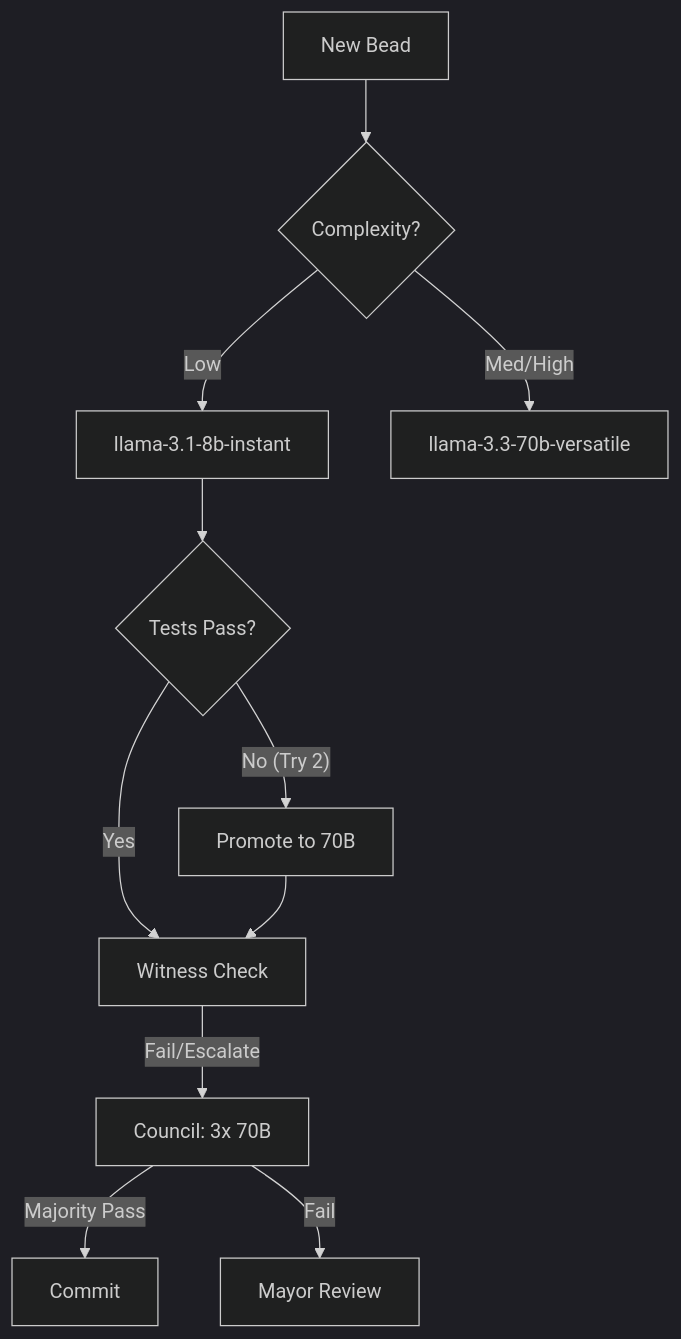
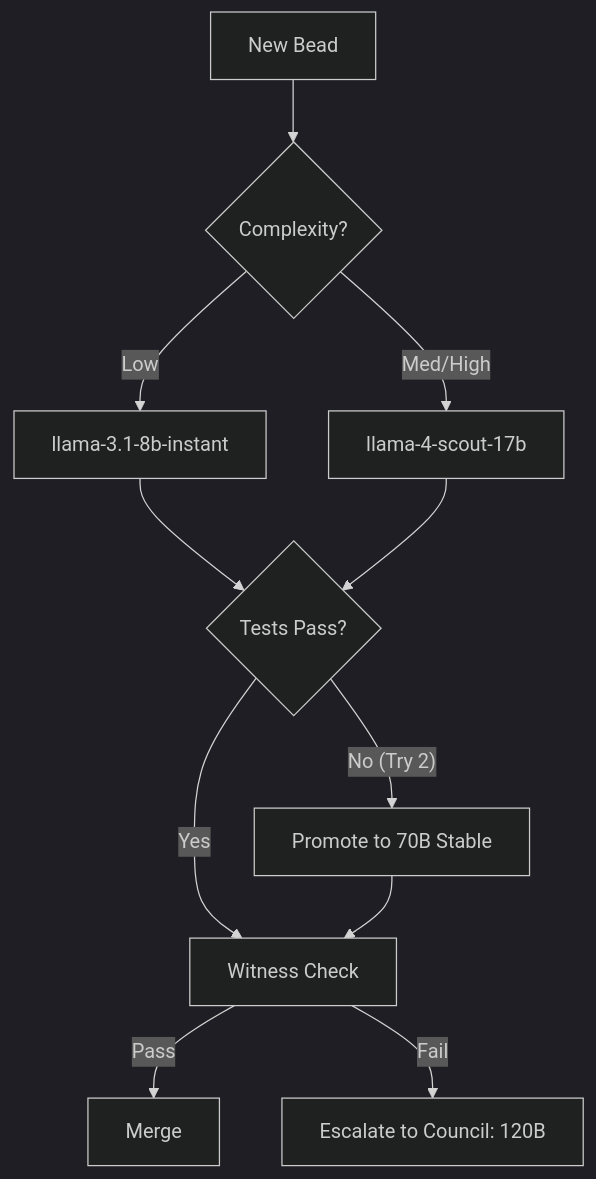
One commit to kab0rn/nostown changed the diagram in docs/ROUTING.md. Above: the diagram before and after it, drawn with Mermaid (dark theme). The commit also changed other lines of this file, not shown here.

````diff
--- a/docs/ROUTING.md
+++ b/docs/ROUTING.md
@@ -40,13 +40,13 @@
 ```mermaid
 graph TD
     A[New Bead] --> B{Complexity?}
     B -- Low --> C[llama-3.1-8b-instant]
-    B -- Med/High --> D[llama-3.3-70b-versatile]
+    B -- Med/High --> D[llama-4-scout-17b]
     C --> E{Tests Pass?}
+    D --> E
     E -- Yes --> F[Witness Check]
-    E -- No (Try 2) --> G[Promote to 70B]
+    E -- No (Try 2) --> G[Promote to 70B Stable]
     G --> F
-    F -- Fail/Escalate --> H[Council: 3x 70B]
-    H -- Majority Pass --> I[Commit]
-    H -- Fail --> J[Mayor Review]
+    F -- Pass --> H[Merge]
+    F -- Fail --> I[Escalate to Council: 120B]
 ```
````
